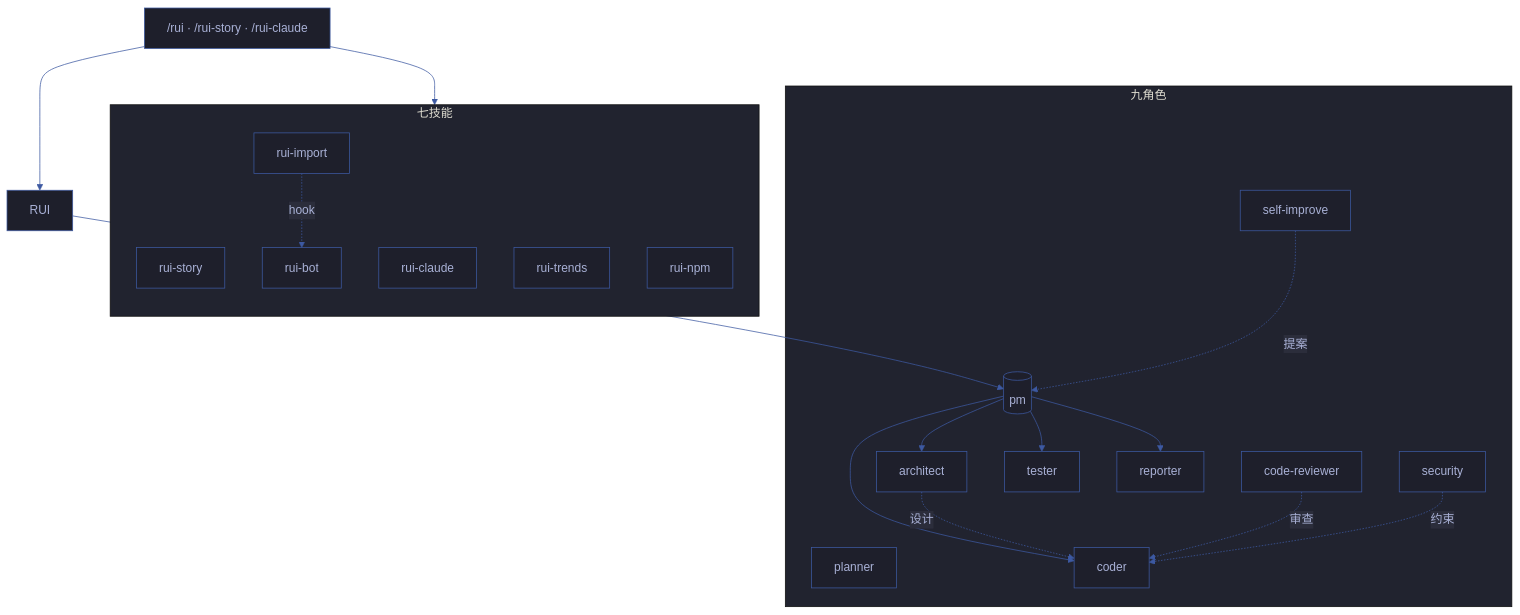
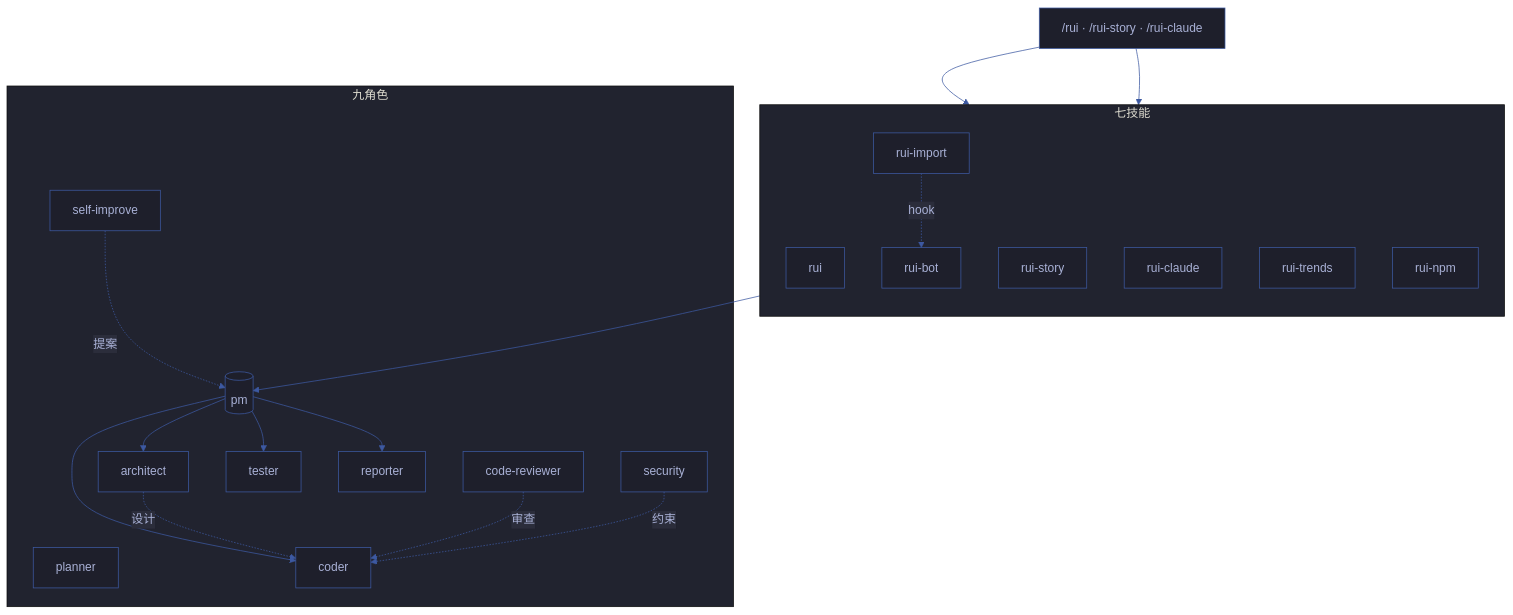
Before and after one commit to effiy/YrY: the first of 6 diagrams in README.md, drawn with Mermaid. The commit also changed 56 other files, not shown here.

````diff
--- a/README.md
+++ b/README.md
@@ -9,44 +9,45 @@
 ```mermaid
 %%{init: {'theme': 'base', 'themeVariables': {
   'primaryColor': '#1e1f2b',
   'primaryTextColor': '#a9b1d6',
   'primaryBorderColor': '#3d59a1',
   'lineColor': '#3d59a1',
   'secondaryColor': '#2b2d3b',
   'tertiaryColor': '#21232f'
 }}}%%
 flowchart TD
     CMD["/rui · /rui-story · /rui-claude"]
 
     subgraph Skills[七技能]
         direction TB
+        RUI[rui]:::skill
         RS[rui-story]:::skill
         RC[rui-claude]:::skill
         ID[rui-import]:::skill
         WW[rui-bot]:::skill
         TD[rui-trends]:::skill
         RN[rui-npm]:::skill
     end
 
     subgraph Agents[九角色]
         PM[("pm")]:::core
         PLANNER[planner]:::agent
         ARCHITECT[architect]:::agent
         CODER[coder]:::agent
         REVIEWER[code-reviewer]:::agent
         TESTER[tester]:::agent
         REPORTER[reporter]:::agent
         SECURITY[security]:::agent
         SI[self-improve]:::agent
     end
 
     CMD --> RUI & RC
     RUI --> PM
     PM --> ARCHITECT & CODER & TESTER & REPORTER
     ARCHITECT -.设计.-> CODER
     REVIEWER -.审查.-> CODER
     SECURITY -.约束.-> CODER
     SI -.提案.-> PM
     ID -.hook.-> WW
 
 ```
````
